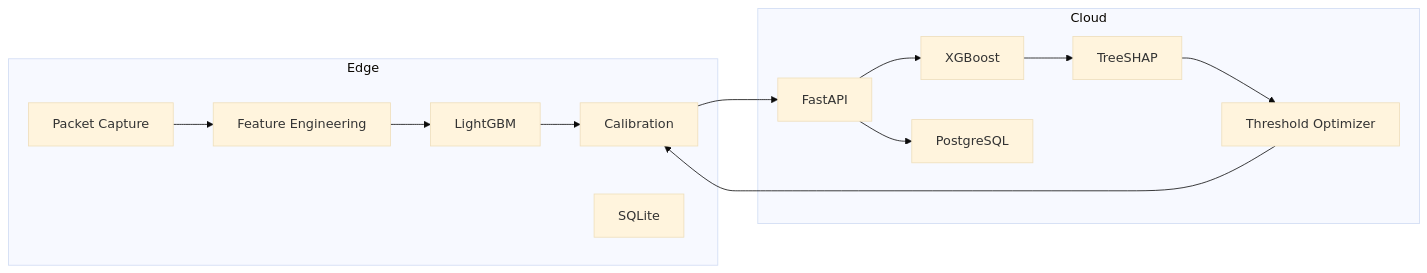
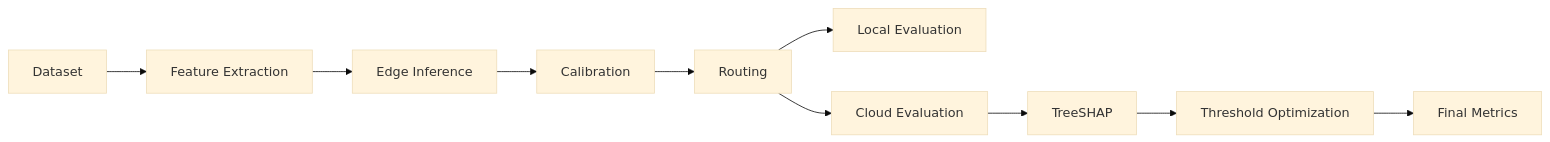
One commit to AtharvaVavhal/aecids changed the sixth of 6 diagrams in README.md. Above: the diagram before and after it, drawn with Mermaid (base theme). The commit also changed other lines of this file, not shown here.

````diff
--- a/README.md
+++ b/README.md
@@ -1362,49 +654,12 @@
 ```mermaid
 graph LR
-
-subgraph Edge
-
-A[Packet Capture]
-
-B[Feature Engineering]
-
-C[LightGBM]
-
-D[Calibration]
-
-E[SQLite]
-
-end
-
-subgraph Cloud
-
-F[FastAPI]
-
-G[XGBoost]
-
-H[TreeSHAP]
-
-I[Threshold Optimizer]
-
-J[PostgreSQL]
-
-end
-
-A --> B
-
-B --> C
-
-C --> D
-
-D --> F
-
-F --> G
-
-G --> H
-
-H --> I
-
-I --> D
-
-F --> J
+    A[Dataset] --> B[Feature Extraction]
+    B --> C[Edge Inference]
+    C --> D[Calibration]
+    D --> E[Routing]
+    E --> F[Local Evaluation]
+    E --> G[Cloud Evaluation]
+    G --> H[TreeSHAP]
+    H --> I[Threshold Optimization]
+    I --> J[Final Metrics]
 ```
````
